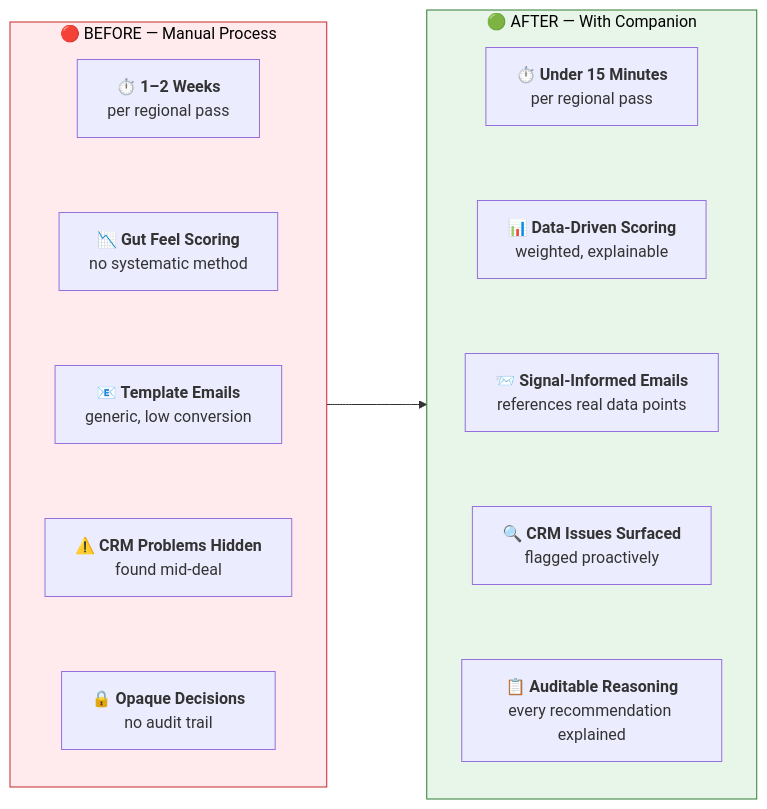
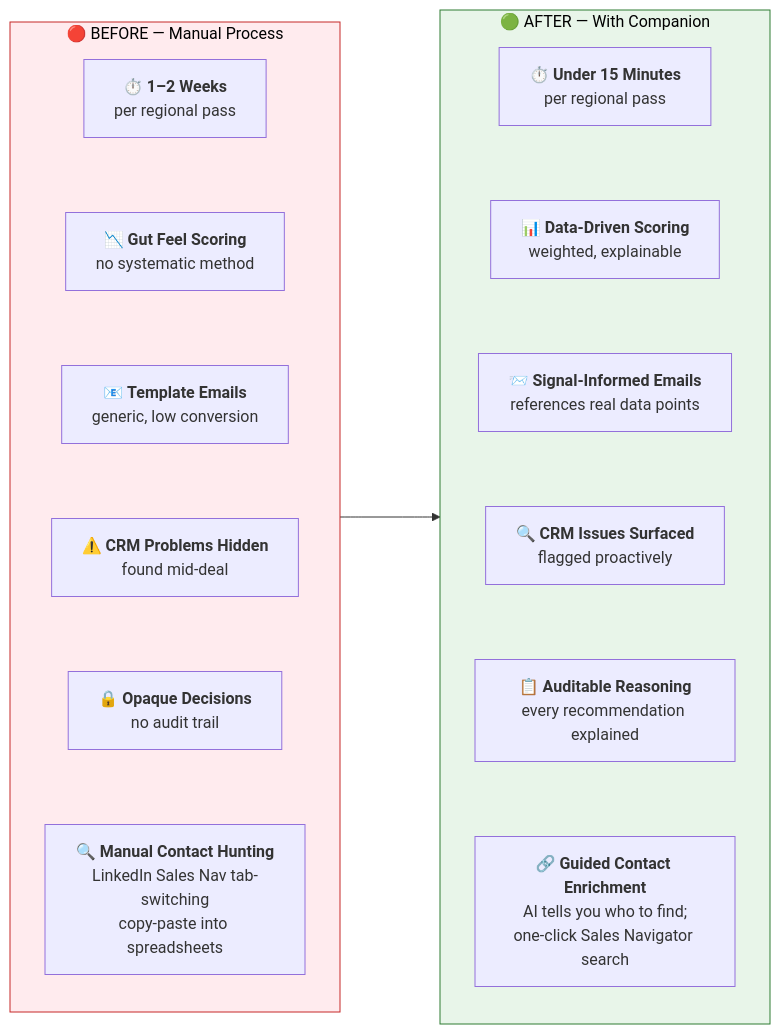
One commit to ablack34/entrust-companion changed the sixth of 7 diagrams in docs/Story Diagram — Storytelling Guide.md. Above: the diagram before and after it, drawn with Mermaid. The commit also changed other lines of this file and 6 other files, not shown here.

Commit message:
feat: enhance contact enrichment with LinkedIn Sales Navigator integration for missing contacts

````diff
--- a/docs/Story Diagram — Storytelling Guide.md
+++ b/docs/Story Diagram — Storytelling Guide.md
@@ -310,37 +339,43 @@
 ```mermaid
 flowchart LR
     subgraph BEFORE["🔴 BEFORE — Manual Process"]
         direction TB
         B1["`⏱️ **1–2 Weeks**
         per regional pass`"]
         B2["`📉 **Gut Feel Scoring**
         no systematic method`"]
         B3["`📧 **Template Emails**
         generic, low conversion`"]
         B4["`⚠️ **CRM Problems Hidden**
         found mid-deal`"]
         B5["`🔒 **Opaque Decisions**
         no audit trail`"]
-        B1 ~~~ B2 ~~~ B3 ~~~ B4 ~~~ B5
+        B6["`🔍 **Manual Contact Hunting**
+        LinkedIn Sales Nav tab-switching
+        copy-paste into spreadsheets`"]
+        B1 ~~~ B2 ~~~ B3 ~~~ B4 ~~~ B5 ~~~ B6
     end
 
     subgraph AFTER["🟢 AFTER — With Companion"]
         direction TB
         A1["`⏱️ **Under 15 Minutes**
         per regional pass`"]
         A2["`📊 **Data-Driven Scoring**
         weighted, explainable`"]
         A3["`📨 **Signal-Informed Emails**
         references real data points`"]
         A4["`🔍 **CRM Issues Surfaced**
         flagged proactively`"]
         A5["`📋 **Auditable Reasoning**
         every recommendation explained`"]
-        A1 ~~~ A2 ~~~ A3 ~~~ A4 ~~~ A5
+        A6["`🔗 **Guided Contact Enrichment**
+        AI tells you who to find;
+        one-click Sales Navigator search`"]
+        A1 ~~~ A2 ~~~ A3 ~~~ A4 ~~~ A5 ~~~ A6
     end
 
     BEFORE ---> AFTER
 
     style BEFORE fill:#ffebee,stroke:#c62828,color:#000
     style AFTER fill:#e8f5e9,stroke:#2e7d32,color:#000
 ```
````
